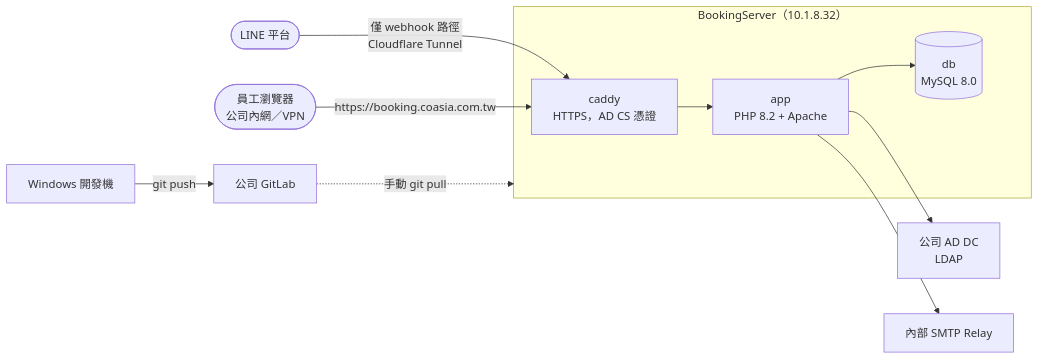
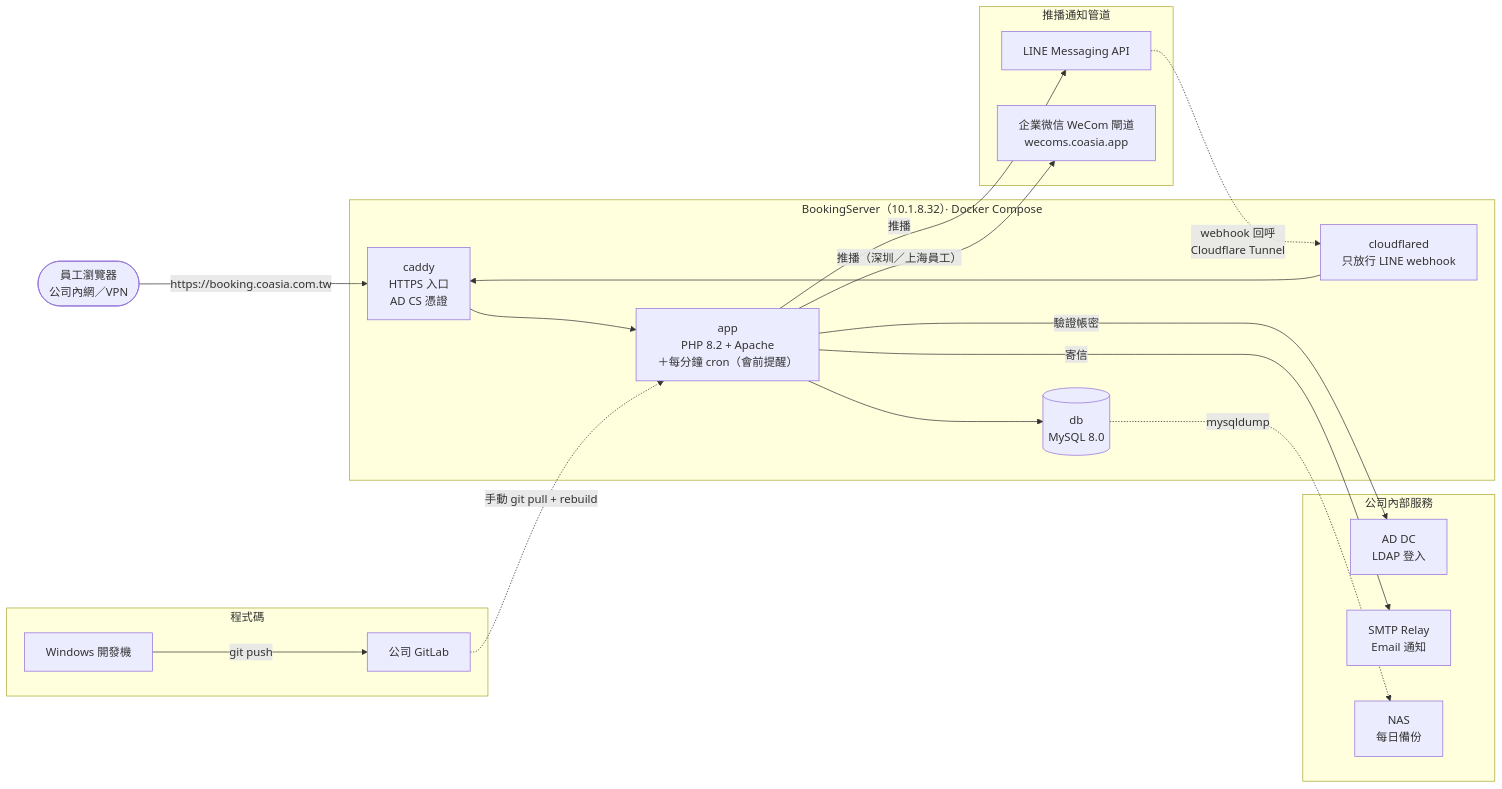
One commit to Shawn0604/LibreBooking-CoAsia changed the diagram in README.md. Above: the diagram before and after it, drawn with Mermaid. The commit also changed other lines of this file and 1 other file, not shown here.

Commit message:
docs: redraw deployment diagram, record 4.5-4.7 schema changes
README: regroup the architecture diagram into VM / internal services /
notification channels / code, and add the WeCom push path, cloudflared,
the reminder cron and NAS backups that the old diagram left out.

COASIA-ARCHITECTURE: the CoAsia schema section stopped at 4.4. Add the
4.5 users columns, 4.6 resource_type backfill and 4.7 linked_resource_id,
note that LINE/WeCom IDs live in user_preferences, and correct the
dbversion notes now that 4.5+ ship data.sql (max version is 4.7).

````diff
--- a/README.md
+++ b/README.md
@@ -118,14 +118,38 @@
 ```mermaid
 flowchart LR
-    Dev["Windows 開發機"] -->|git push| GL["公司 GitLab"]
-    GL -.->|"手動 git pull"| VM
-    LINE(["LINE 平台"]) -->|"僅 webhook 路徑<br/>Cloudflare Tunnel"| Caddy
+    User(["員工瀏覽器<br/>公司內網／VPN"])
 
-    subgraph VM["BookingServer（10.1.8.32）"]
-        Caddy["caddy<br/>HTTPS，AD CS 憑證"] --> App["app<br/>PHP 8.2 + Apache"] --> DB[("db<br/>MySQL 8.0")]
+    subgraph VM["BookingServer（10.1.8.32）· Docker Compose"]
+        CF["cloudflared<br/>只放行 LINE webhook"]
+        Caddy["caddy<br/>HTTPS 入口<br/>AD CS 憑證"]
+        App["app<br/>PHP 8.2 + Apache<br/>＋每分鐘 cron（會前提醒）"]
+        DB[("db<br/>MySQL 8.0")]
+        CF --> Caddy
+        Caddy --> App
+        App --> DB
     end
 
-    User(["員工瀏覽器<br/>公司內網／VPN"]) -->|"https://booking.coasia.com.tw"| Caddy
-    App --> DC["公司 AD DC<br/>LDAP"]
-    App --> SMTP["內部 SMTP Relay"]
+    subgraph Internal["公司內部服務"]
+        DC["AD DC<br/>LDAP 登入"]
+        SMTP["SMTP Relay<br/>Email 通知"]
+        NAS["NAS<br/>每日備份"]
+    end
+
+    subgraph Notify["推播通知管道"]
+        LINE["LINE Messaging API"]
+        WECOM["企業微信 WeCom 閘道<br/>wecoms.coasia.app"]
+    end
+
+    subgraph Code["程式碼"]
+        Dev["Windows 開發機"] -->|git push| GL["公司 GitLab"]
+    end
+
+    User -->|"https://booking.coasia.com.tw"| Caddy
+    App -->|驗證帳密| DC
+    App -->|寄信| SMTP
+    App -->|推播| LINE
+    App -->|"推播（深圳／上海員工）"| WECOM
+    LINE -.->|"webhook 回呼<br/>Cloudflare Tunnel"| CF
+    DB -.->|mysqldump| NAS
+    GL -.->|"手動 git pull + rebuild"| App
 ```
````
